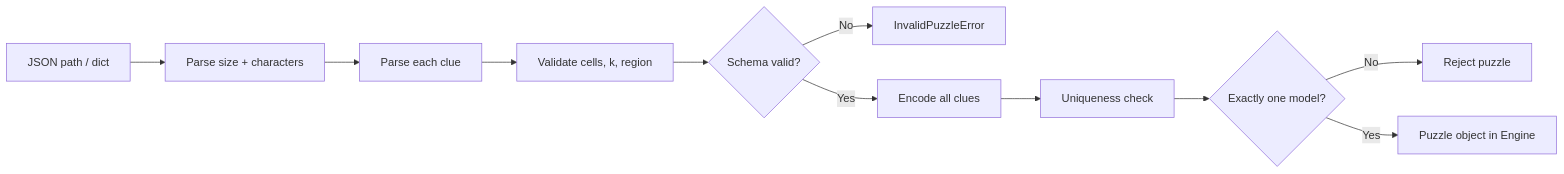
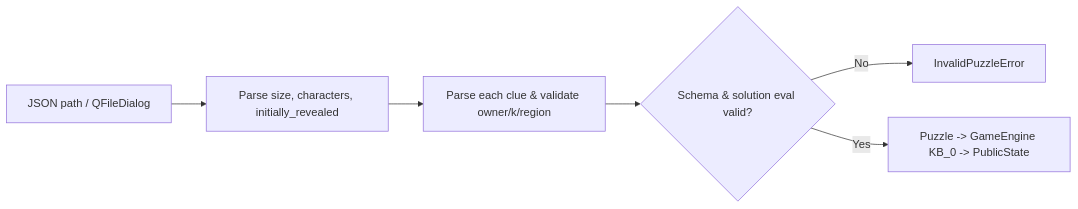
The third of 18 diagrams in Workflow.md (vannguyn/Griductive-Solver), drawn with Mermaid before and after one commit. The commit also changed other lines of this file, not shown here.

Commit message:
docs(workflow): replace HTTP API with GameSession/PyQt6 flow and sync contracts

````diff
--- a/Workflow.md
+++ b/Workflow.md
@@ -231,13 +251,8 @@
 ```mermaid
 flowchart LR
-    A[JSON path / dict] --> B[Parse size + characters]
-    B --> C[Parse each clue]
-    C --> D[Validate cells, k, region]
-    D --> E{Schema valid?}
-    E -- No --> F[InvalidPuzzleError]
-    E -- Yes --> G[Encode all clues]
-    G --> H[Uniqueness check]
-    H --> I{Exactly one model?}
-    I -- No --> J[Reject puzzle]
-    I -- Yes --> K[Puzzle object in Engine]
+    A[JSON path / QFileDialog] --> B[Parse size, characters, initially_revealed]
+    B --> C[Parse each clue & validate owner/k/region]
+    C --> D{Schema & solution eval valid?}
+    D -- No --> E[InvalidPuzzleError]
+    D -- Yes --> F[Puzzle -> GameEngine KB_0 -> PublicState]
 ```
````
